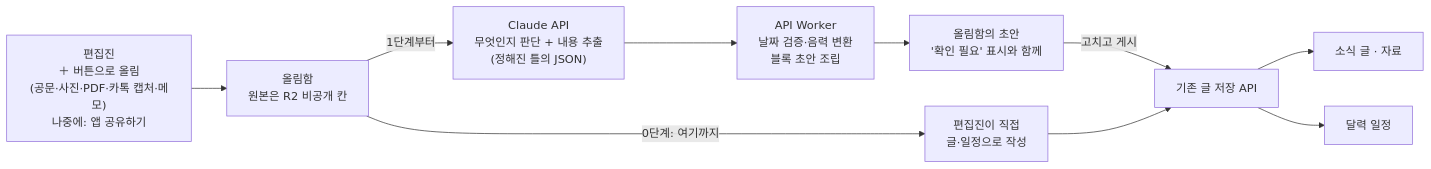
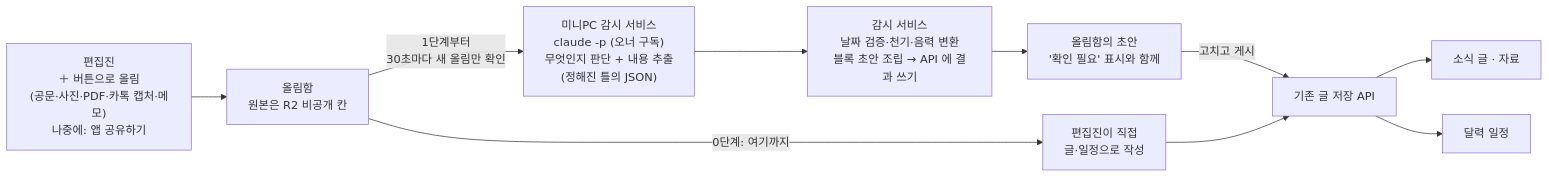
The first of 2 diagrams in docs/design/ai-intake.md (Moakro/jsbeob), drawn with Mermaid before and after one commit. The commit also changed other lines of this file and 14 other files, not shown here.

First line of the commit message:
feat(intake): 올림함 AI 초안 1단계 — 미니PC 감시 서비스 + claude -p

````diff
--- a/docs/design/ai-intake.md
+++ b/docs/design/ai-intake.md
@@ -17,12 +18,12 @@
 ```mermaid
 flowchart LR
   A["편집진<br>＋ 버튼으로 올림<br>(공문·사진·PDF·카톡 캡처·메모)<br>나중에: 앱 공유하기"] --> B["올림함<br>원본은 R2 비공개 칸"]
   B -->|0단계: 여기까지| M["편집진이 직접<br>글·일정으로 작성"]
-  B -->|1단계부터| C["Claude API<br>무엇인지 판단 + 내용 추출<br>(정해진 틀의 JSON)"]
-  C --> D["API Worker<br>날짜 검증·음력 변환<br>블록 초안 조립"]
+  B -->|1단계부터<br>30초마다 새 올림만 확인| C["미니PC 감시 서비스<br>claude -p (오너 구독)<br>무엇인지 판단 + 내용 추출<br>(정해진 틀의 JSON)"]
+  C --> D["감시 서비스<br>날짜 검증·천기·음력 변환<br>블록 초안 조립 → API 에 결과 쓰기"]
   D --> E["올림함의 초안<br>'확인 필요' 표시와 함께"]
   E -->|고치고 게시| F[기존 글 저장 API]
   M --> F
   F --> G[소식 글 · 자료]
   F --> H[달력 일정]
 ```
````
